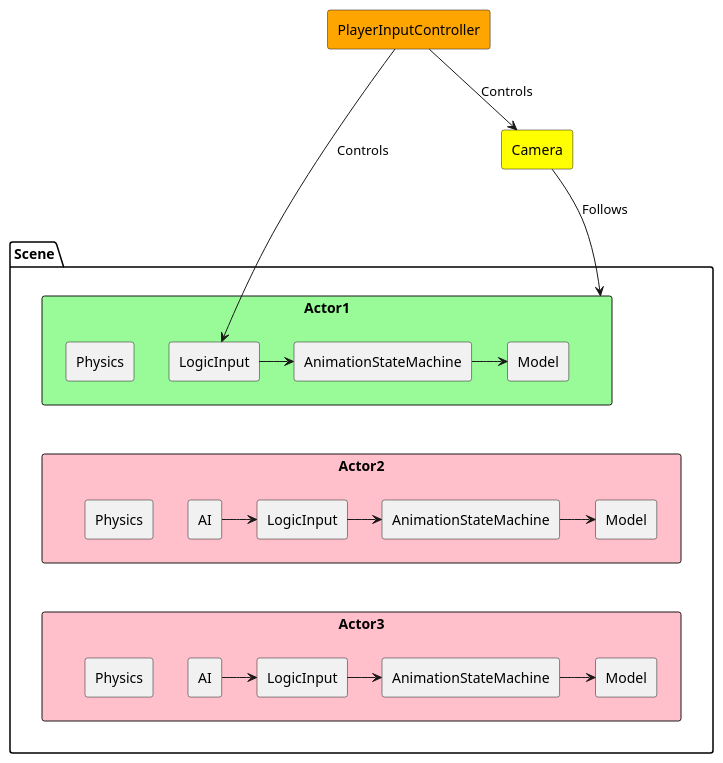
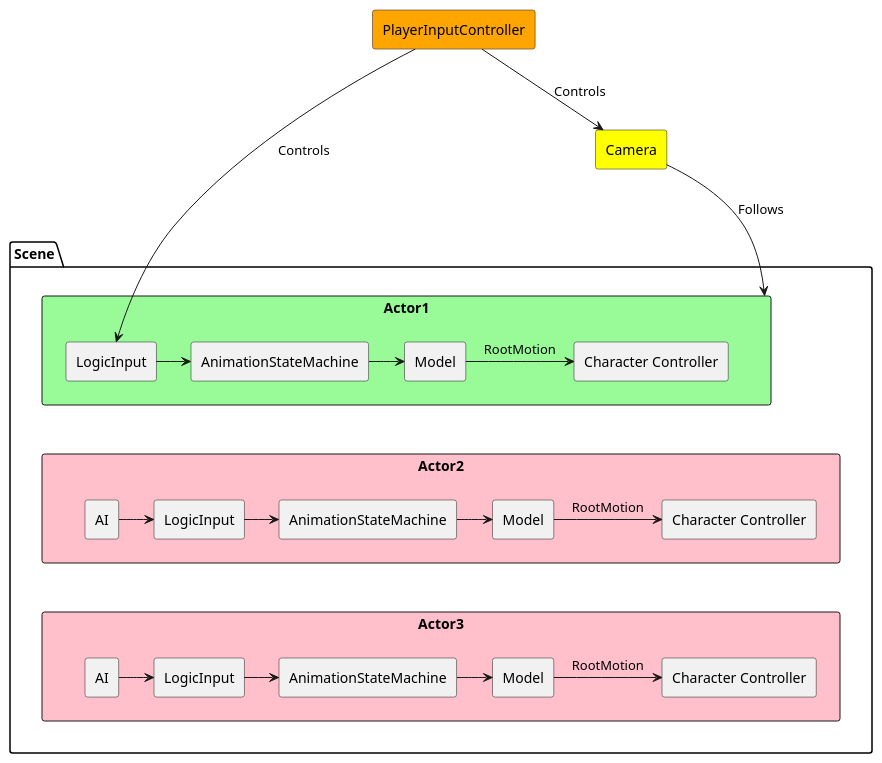
Before and after one commit to Chenxi-Zhang/Unity-ACT-framework: the diagram in Doc/Arch.puml, drawn with PlantUML.

Commit message:
opt arch

```diff
--- a/Doc/Arch.puml
+++ b/Doc/Arch.puml
@@ -1,93 +1,96 @@
 @startuml Architecture Overview
 
 ' Define actor component template as a stereotype
 skinparam componentStyle rectangle
 
 rectangle "Actor Template" as ActorTemplate <<stereotype>> {
     component "LogicInput" as TemplateInput
     component "Model" as TemplateModel
     component "AnimationStateMachine" as TemplateASM
-    component "Physics" as TemplatePhysics
+    component "Character Controller" as TemplatePhysics
     component "AI" as TemplateAI
 
     TemplateInput -> TemplateASM
     TemplateAI -> TemplateInput
 }
 
 hide ActorTemplate
 
 ' Layout hints for vertical alignment
 together {
     package "Scene" {
         rectangle "Actor1" as Actor1 #palegreen {
             component "LogicInput" as Input1
             component "Model" as Model1
             component "AnimationStateMachine" as ASM1
-            component "Physics" as Physics1
+            component "Character Controller" as Physics1
             ' component "AI" as AI1
 
             Input1 -> ASM1
             ASM1 -> Model1
+            Model1 -> Physics1 : RootMotion
             ' AI1 --> Input1
         }
 
         rectangle "Actor2" as Actor2 #pink {
             component "LogicInput" as Input2
             component "Model" as Model2
             component "AnimationStateMachine" as ASM2
-            component "Physics" as Physics2
+            component "Character Controller" as Physics2
             component "AI" as AI2
 
             Input2 -> ASM2
             ASM2 -> Model2
             AI2 -> Input2
+            Model2 -> Physics2 : RootMotion
         }
 
         rectangle "Actor3" as Actor3 #pink {
             component "LogicInput" as Input3
             component "Model" as Model3
             component "AnimationStateMachine" as ASM3
-            component "Physics" as Physics3
+            component "Character Controller" as Physics3
             component "AI" as AI3
 
             Input3 -> ASM3
             ASM3 -> Model3
             AI3 -> Input3
+            Model3 -> Physics3 : RootMotion
         }
     }
 }
 
 ' Force vertical layout
 Actor1 -[hidden]-> Actor2
 Actor2 -[hidden]-> Actor3
 
 [PlayerInputController] #orange
 component "Camera" as Camera #yellow
 
 ' Relationships
 [PlayerInputController] --> Input1 : Controls
 [PlayerInputController] --> Camera : Controls
 Camera --> Actor1 : Follows
 
 ' note right of [InputManager]
 ' Handles player input
 ' from keyboard, mouse,
 ' and controllers
 ' end note
 
 ' note right of Camera
 ' Follows Actor1 position
 ' and handles screen rendering
 ' end note
 
 ' note bottom of Scene
 ' Contains all active game entities
 ' that exist in the current level
 ' end note
 
 ' note right of AI1
 ' Inactive when InputManager 
 ' controls the LogicInput
 ' end note
 
 @enduml
```
